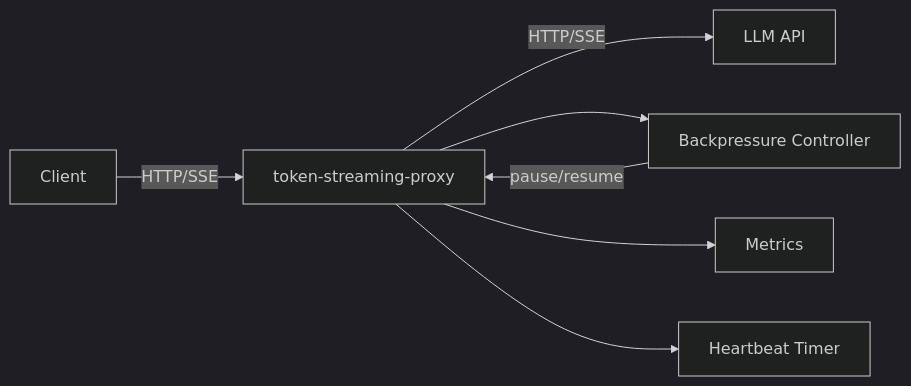
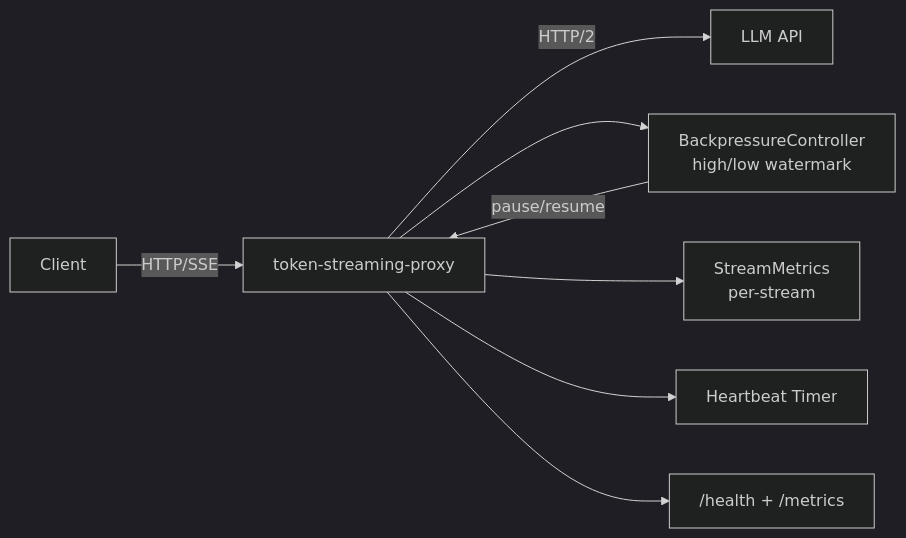
One commit to jrajath94/token-streaming-proxy changed the diagram in README.md. Above: the diagram before and after it, drawn with Mermaid (dark theme). The commit also changed other lines of this file, not shown here.

````diff
--- a/README.md
+++ b/README.md
@@ -15,9 +33,10 @@
 ```mermaid
 graph LR
     A[Client] -->|HTTP/SSE| B[token-streaming-proxy]
-    B -->|HTTP/SSE| C[LLM API]
-    B --> D[Backpressure Controller]
+    B -->|HTTP/2| C[LLM API]
+    B --> D[BackpressureController<br/>high/low watermark]
     D -->|pause/resume| B
-    B --> E[Metrics]
+    B --> E[StreamMetrics<br/>per-stream]
     B --> F[Heartbeat Timer]
+    B --> G["/health + /metrics"]
 ```
````
